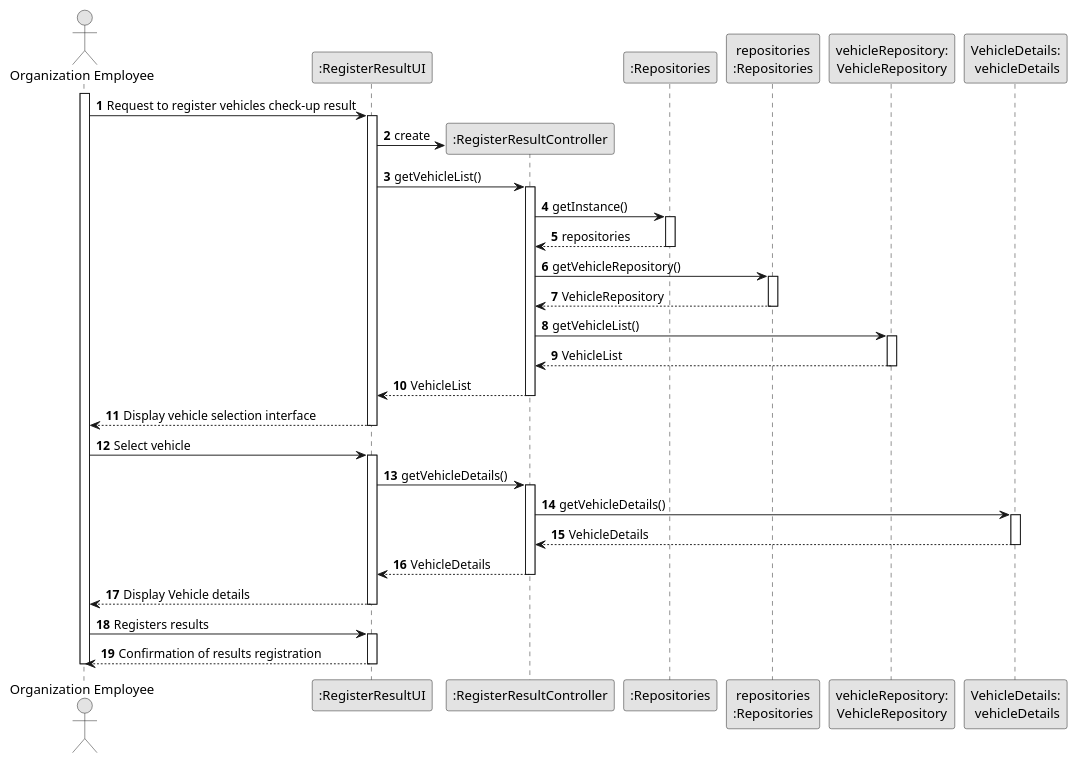
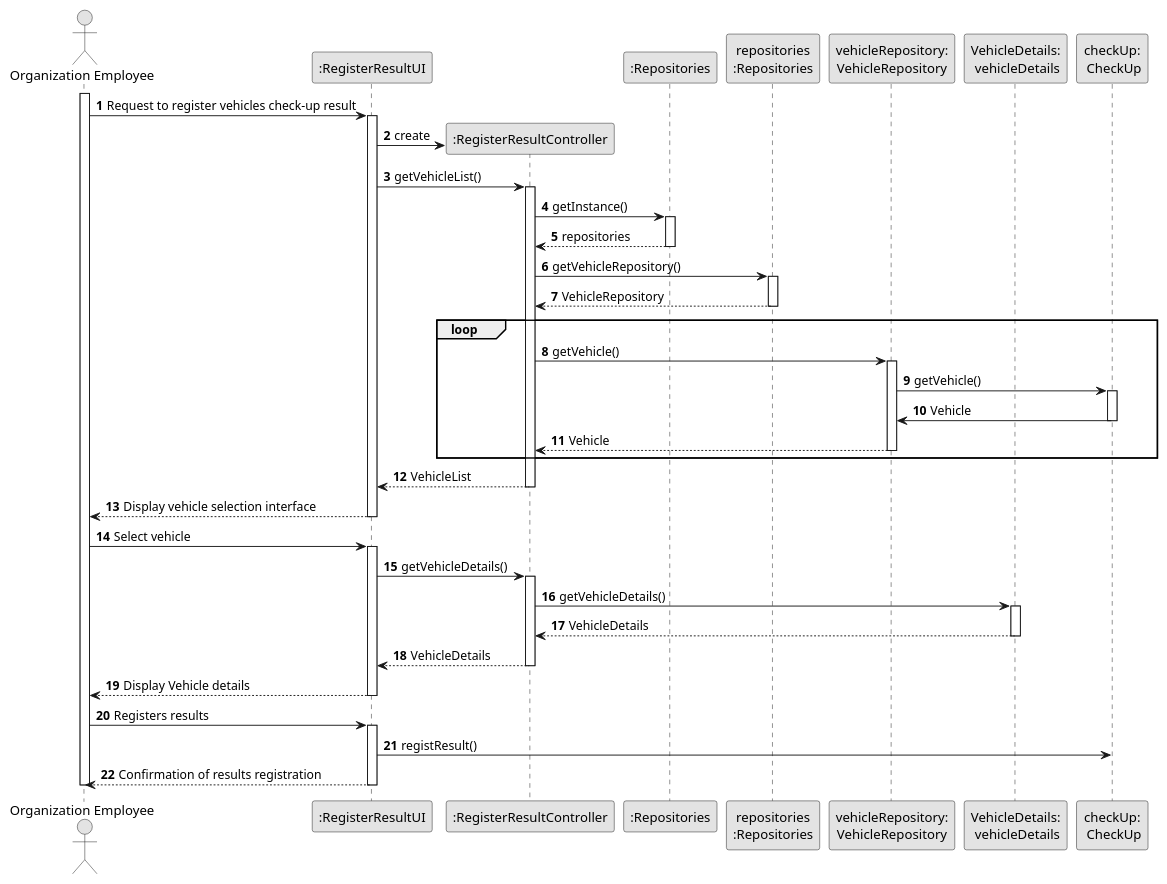
Before and after one commit to Departamento-de-Engenharia-Informatica/lei-24-s2-1df-1de-g063: the diagram in Sprint B/docs/SprintB/us007/03.design/puml/us007-sequence-diagram-full.puml, drawn with PlantUML. The commit also changed 1 other file, not shown here.

Commit message:
Sequence diagrams US7 US8

```diff
--- a/Sprint B/docs/SprintB/us007/03.design/puml/us007-sequence-diagram-full.puml
+++ b/Sprint B/docs/SprintB/us007/03.design/puml/us007-sequence-diagram-full.puml
@@ -1,81 +1,88 @@
 @startuml
 skinparam monochrome true
 skinparam packageStyle rectangle
 skinparam shadowing false
 
 autonumber
 
 'hide footbox
 actor "Organization Employee" as ADM
 participant ":RegisterResultUI" as UI
 participant ":RegisterResultController" as CTRL
 participant ":Repositories" as RepositorySingleton
 participant "repositories\n:Repositories" as PLAT
 participant "vehicleRepository:\nVehicleRepository" as VehicleRepository
 participant "VehicleDetails:\n vehicleDetails" as VehicleDetails
-
+participant "checkUp:\n CheckUp" as CheckUp
 activate ADM
 
         ADM -> UI : Request to register vehicles check-up result
 
         activate UI
 
 '            UI --> ADM : requests data (reference, description,  informal \n description, technical description, duration, cost)
             'create CTRL
             UI -> CTRL** : create
 
             UI -> CTRL : getVehicleList()
             activate CTRL
 
                 CTRL -> RepositorySingleton : getInstance()
                 activate RepositorySingleton
 
                     RepositorySingleton --> CTRL: repositories
                 deactivate RepositorySingleton
 
                 CTRL -> PLAT : getVehicleRepository()
                 activate PLAT
 
                     PLAT --> CTRL: VehicleRepository
                 deactivate PLAT
+                loop
+                    CTRL -> VehicleRepository : getVehicle()
+                    activate VehicleRepository
 
-                CTRL -> VehicleRepository : getVehicleList()
-                activate VehicleRepository
+                        VehicleRepository -> CheckUp :getVehicle()
+                            activate CheckUp
 
-                    VehicleRepository --> CTRL : VehicleList
-                deactivate VehicleRepository
+                            CheckUp -> VehicleRepository :Vehicle
+                            deactivate CheckUp
+                        VehicleRepository --> CTRL : Vehicle
+                    deactivate VehicleRepository
+                end
 
                 CTRL --> UI : VehicleList
             deactivate CTRL
 
             UI --> ADM : Display vehicle selection interface
         deactivate UI
 
     ADM -> UI : Select vehicle
     activate UI
 
         UI -> CTRL : getVehicleDetails()
         activate CTRL
 
             CTRL -> VehicleDetails : getVehicleDetails()
             activate VehicleDetails
 
                 VehicleDetails --> CTRL : VehicleDetails
             deactivate VehicleDetails
 
         CTRL --> UI : VehicleDetails
         deactivate CTRL
         UI --> ADM : Display Vehicle details
     deactivate UI
 
     ADM -> UI : Registers results
     activate UI
 
+        UI -> CheckUp : registResult()
         UI --> ADM : Confirmation of results registration
     deactivate UI
 
 
 
 deactivate ADM
 
 @enduml
```
